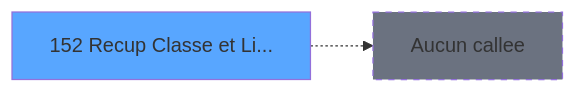
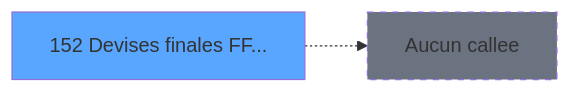
Before and after one commit to thonyAGP/magic-migration: the third of 3 diagrams in .openspec/specs/ADH-IDE-152.md, drawn with Mermaid. The commit also changed other lines of this file and 311 other files, not shown here.

````diff
--- a/.openspec/specs/ADH-IDE-152.md
+++ b/.openspec/specs/ADH-IDE-152.md
@@ -303,8 +168,8 @@
 ```mermaid
 graph LR
-    T152[152 Recup Classe et Li...]
+    T152[152 Devises finales FF...]
     style T152 fill:#58a6ff
     NONE[Aucun callee]
     T152 -.-> NONE
     style NONE fill:#6b7280,stroke-dasharray: 5 5
 ```
````
